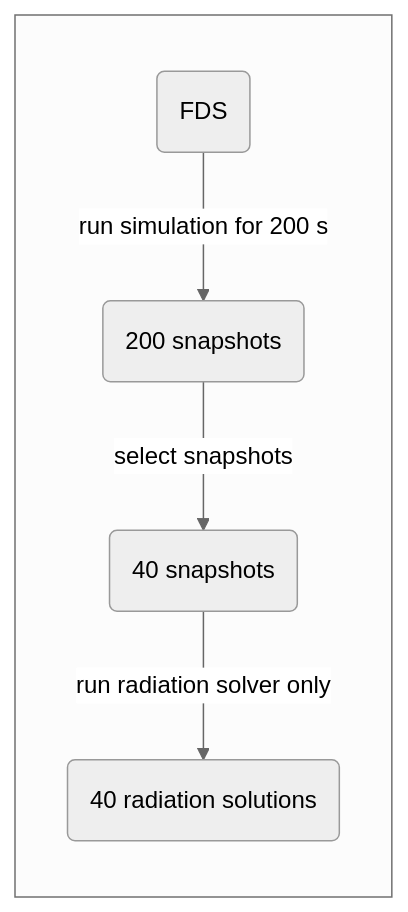
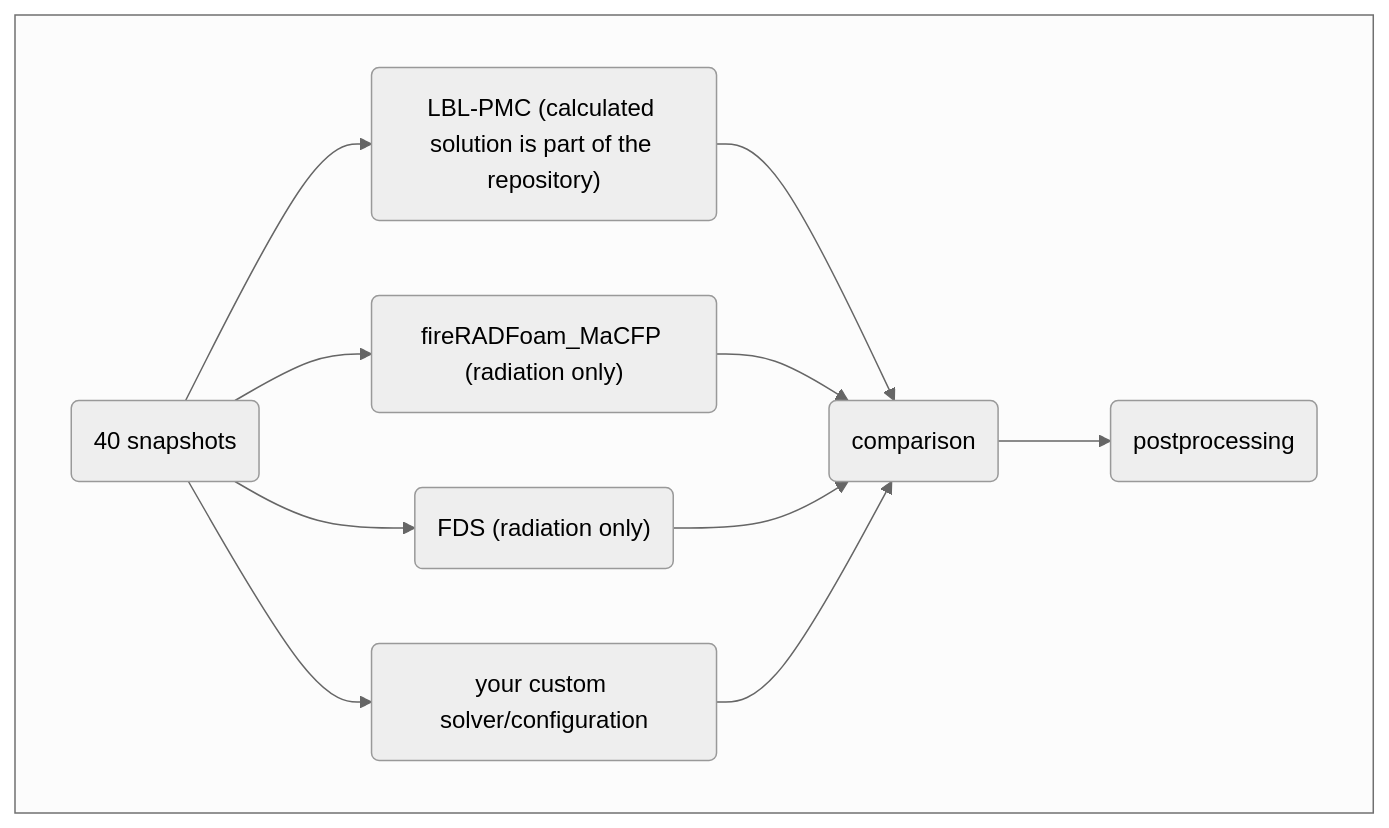
The third of 3 diagrams in README.md (jsaileruow/radi-db), drawn with Mermaid (neutral theme) before and after one commit. The commit also changed other lines of this file, not shown here.

Commit message:
diagrams and methodology chapter added

````diff
--- a/README.md
+++ b/README.md
@@ -151,6 +171,9 @@
 ```mermaid 
-flowchart LR
+flowchart TD
 subgraph " "
-  a("`FDS`") -- "`run simulation for 200 s`" --> b("`200 snapshots`") -- "`select snapshots`" --> c("`40 snapshots`") -- "`run radiation solver only`" -->d("`40 radiation solutions`")
+  a("`40 snapshots`") -- "` `" --> b("`LBL-PMC (calculated solution is part of the repository)`") -- "` `" --> f("`comparison`")
+  a("`40 snapshots`") -- "` `" --> c("`fireRADFoam_MaCFP (radiation only)`") -- "` `" --> f("`comparison`")
+  a("`40 snapshots`") -- "` `" --> d("`FDS (radiation only)`") -- "` `" --> f("`comparison`")
+  a("`40 snapshots`") -- "` `" --> e("`your custom solver/configuration`") -- "` `" --> f("`comparison`") -- "` `" --> g("`postprocessing`")
 end 
 ```
````
